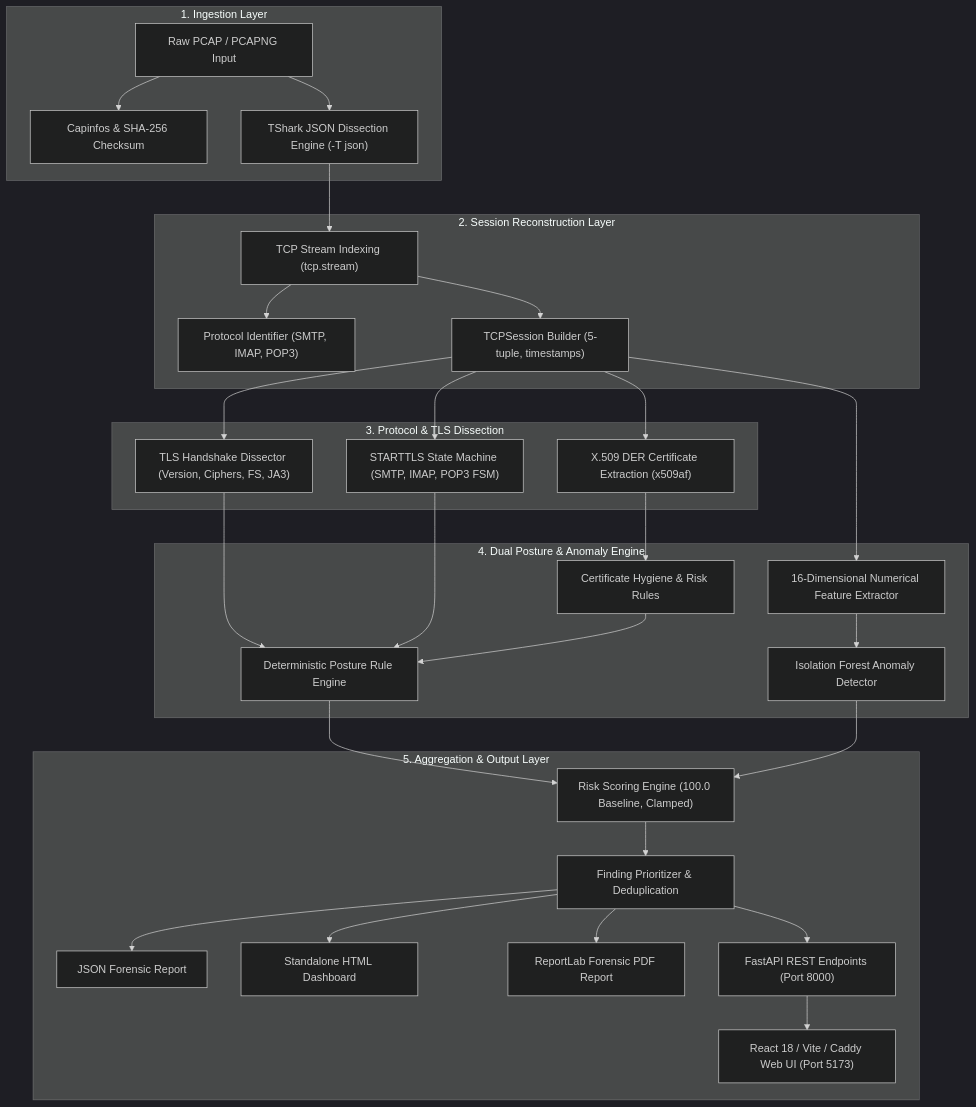
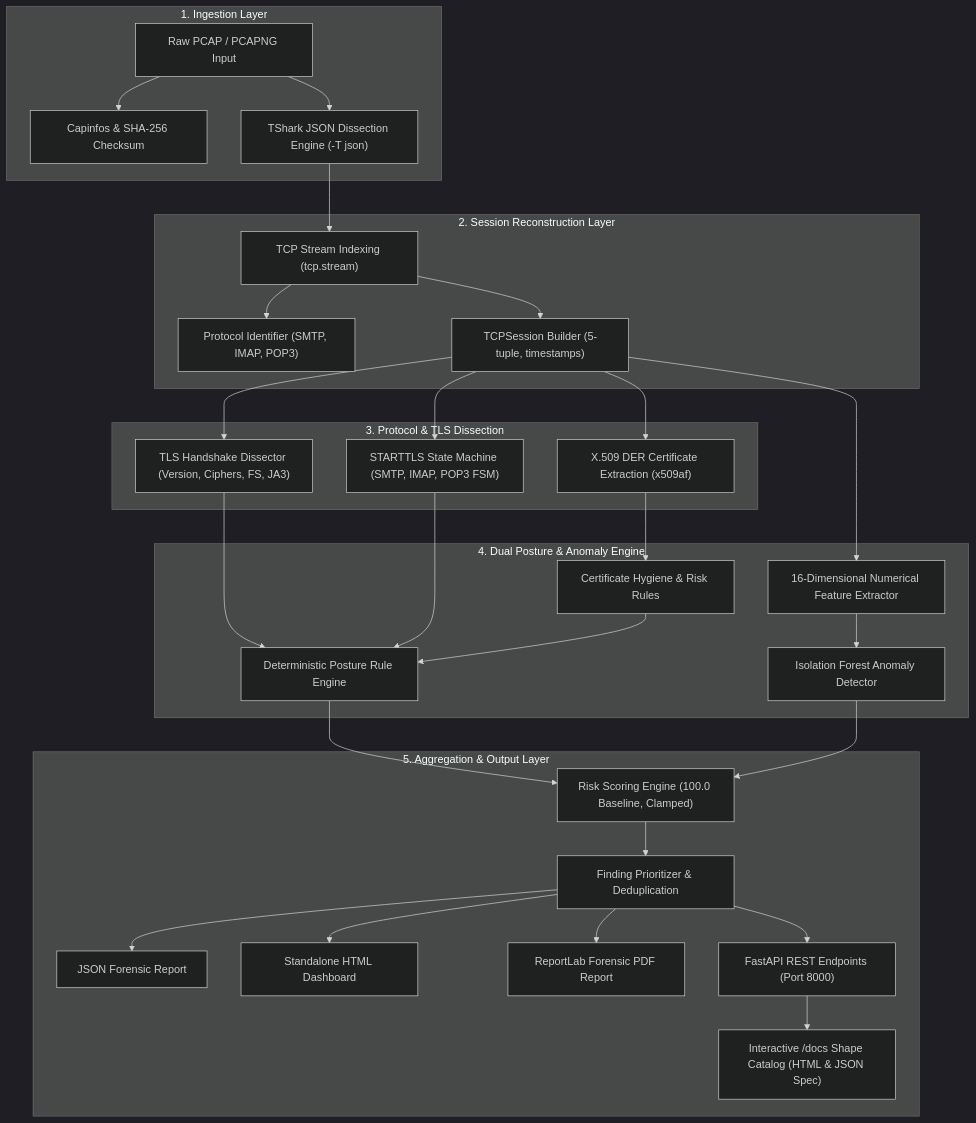
One commit to Reputable2772/SIH2026-PS159 changed the first of 3 diagrams in DPR.md. Above: the diagram before and after it, drawn with Mermaid (dark theme). The commit also changed other lines of this file, not shown here.

Commit message:
docs: rewrite Detailed Project Report (DPR) for headless architecture and docs catalog

````diff
--- a/DPR.md
+++ b/DPR.md
@@ -39,40 +43,40 @@
 ```mermaid
 flowchart TD
     subgraph INGESTION ["1. Ingestion Layer"]
         PCAP["Raw PCAP / PCAPNG Input"] --> METADATA["Capinfos & SHA-256 Checksum"]
         PCAP --> TSHARK["TShark JSON Dissection Engine (-T json)"]
     end
 
     subgraph RECONSTRUCTION ["2. Session Reconstruction Layer"]
         TSHARK --> STREAMS["TCP Stream Indexing (tcp.stream)"]
         STREAMS --> IDENT["Protocol Identifier (SMTP, IMAP, POP3)"]
         STREAMS --> SESSIONS["TCPSession Builder (5-tuple, timestamps)"]
     end
 
     subgraph PROTOCOL_ANALYSIS ["3. Protocol & TLS Dissection"]
         SESSIONS --> STARTTLS_FSM["STARTTLS State Machine (SMTP, IMAP, POP3 FSM)"]
         SESSIONS --> TLS_DISSECTOR["TLS Handshake Dissector (Version, Ciphers, FS, JA3)"]
         SESSIONS --> CERT_EXTRACT["X.509 DER Certificate Extraction (x509af)"]
     end
 
     subgraph DETECTION_ENGINE ["4. Dual Posture & Anomaly Engine"]
         TLS_DISSECTOR --> RULE_ENGINE["Deterministic Posture Rule Engine"]
         STARTTLS_FSM --> RULE_ENGINE
         CERT_EXTRACT --> CERT_RULES["Certificate Hygiene & Risk Rules"]
         CERT_RULES --> RULE_ENGINE
         
         SESSIONS --> FEATURE_EXTRACT["16-Dimensional Numerical Feature Extractor"]
         FEATURE_EXTRACT --> ML_ENGINE["Isolation Forest Anomaly Detector"]
     end
 
     subgraph SCORING_REPORTING ["5. Aggregation & Output Layer"]
         RULE_ENGINE --> SCORING["Risk Scoring Engine (100.0 Baseline, Clamped)"]
         ML_ENGINE --> SCORING
         SCORING --> PRIORITIZER["Finding Prioritizer & Deduplication"]
         PRIORITIZER --> JSON_REP["JSON Forensic Report"]
         PRIORITIZER --> HTML_REP["Standalone HTML Dashboard"]
         PRIORITIZER --> PDF_REP["ReportLab Forensic PDF Report"]
         PRIORITIZER --> API["FastAPI REST Endpoints (Port 8000)"]
-        API --> UI["React 18 / Vite / Caddy Web UI (Port 5173)"]
+        API --> DOCS["Interactive /docs Shape Catalog (HTML & JSON Spec)"]
     end
 ```
````
